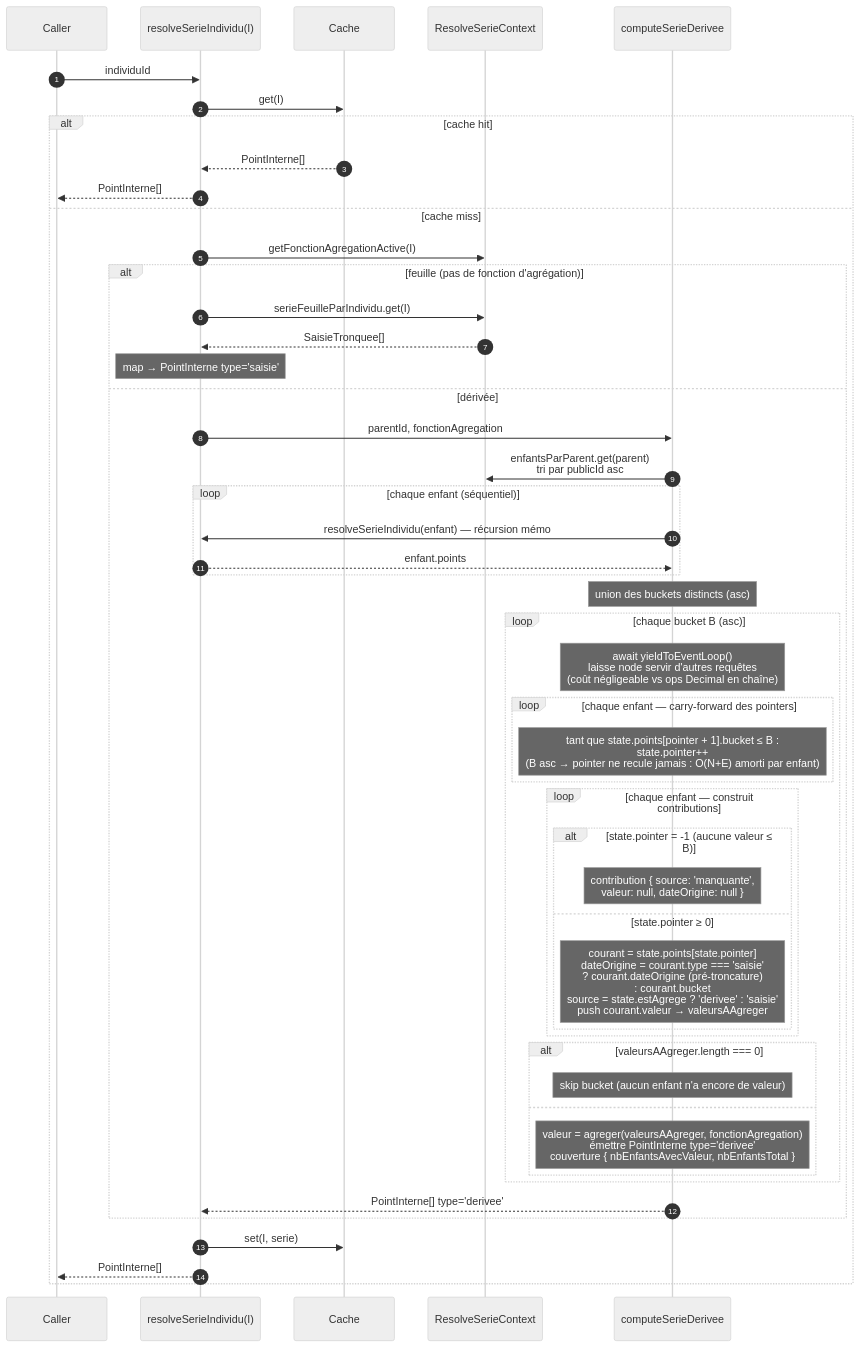
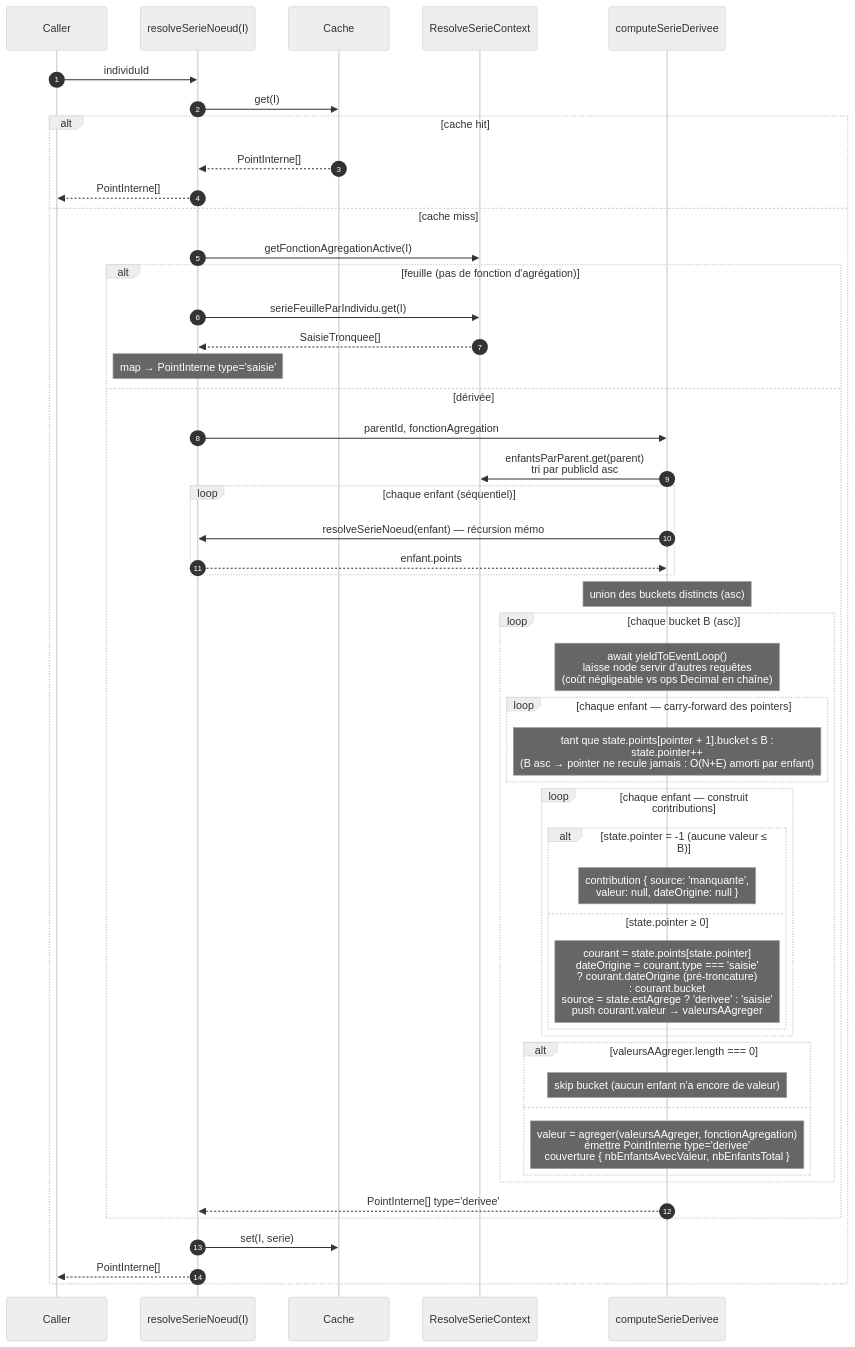
The second of 3 diagrams in apps/kpilote-api/docs/architecture/taux-progression.md (DITP-pilotage/pilote-2), drawn with Mermaid (neutral theme) before and after one commit. The commit also changed other lines of this file and 19 other files, not shown here.

First line of the commit message:
refactor(kpilote-api): resolveSerieNoeud dans son fichier, noeud() en objet de paramètres (PIL-1990)

````diff
--- a/apps/kpilote-api/docs/architecture/taux-progression.md
+++ b/apps/kpilote-api/docs/architecture/taux-progression.md
@@ -305,52 +305,52 @@
 ```mermaid
 sequenceDiagram
     autonumber
     participant Caller
-    participant R as resolveSerieIndividu(I)
+    participant R as resolveSerieNoeud(I)
     participant Cache
     participant Ctx as ResolveSerieContext
     participant CSD as computeSerieDerivee
 
     Caller->>R: individuId
     R->>Cache: get(I)
     alt cache hit
         Cache-->>R: PointInterne[]
         R-->>Caller: PointInterne[]
     else cache miss
         R->>Ctx: getFonctionAgregationActive(I)
         alt feuille (pas de fonction d'agrégation)
             R->>Ctx: serieFeuilleParIndividu.get(I)
             Ctx-->>R: SaisieTronquee[]
             Note over R: map → PointInterne type='saisie'
         else dérivée
             R->>CSD: parentId, fonctionAgregation
             CSD->>Ctx: enfantsParParent.get(parent)<br/>tri par publicId asc
             loop chaque enfant (séquentiel)
-                CSD->>R: resolveSerieIndividu(enfant) — récursion mémo
+                CSD->>R: resolveSerieNoeud(enfant) — récursion mémo
                 R-->>CSD: enfant.points
             end
             Note over CSD: union des buckets distincts (asc)
             loop chaque bucket B (asc)
                 Note over CSD: await yieldToEventLoop()<br/>laisse node servir d'autres requêtes<br/>(coût négligeable vs ops Decimal en chaîne)
                 loop chaque enfant — carry-forward des pointers
                     Note over CSD: tant que state.points[pointer + 1].bucket ≤ B :<br/>  state.pointer++<br/>(B asc → pointer ne recule jamais : O(N+E) amorti par enfant)
                 end
                 loop chaque enfant — construit contributions
                     alt state.pointer = -1 (aucune valeur ≤ B)
                         Note over CSD: contribution { source: 'manquante',<br/>valeur: null, dateOrigine: null }
                     else state.pointer ≥ 0
                         Note over CSD: courant = state.points[state.pointer]<br/>dateOrigine = courant.type === 'saisie'<br/>  ? courant.dateOrigine (pré-troncature)<br/>  : courant.bucket<br/>source = state.estAgrege ? 'derivee' : 'saisie'<br/>push courant.valeur → valeursAAgreger
                     end
                 end
                 alt valeursAAgreger.length === 0
                     Note over CSD: skip bucket (aucun enfant n'a encore de valeur)
                 else
                     Note over CSD: valeur = agreger(valeursAAgreger, fonctionAgregation)<br/>émettre PointInterne type='derivee'<br/>couverture { nbEnfantsAvecValeur, nbEnfantsTotal }
                 end
             end
             CSD-->>R: PointInterne[] type='derivee'
         end
         R->>Cache: set(I, serie)
         R-->>Caller: PointInterne[]
     end
 ```
````
